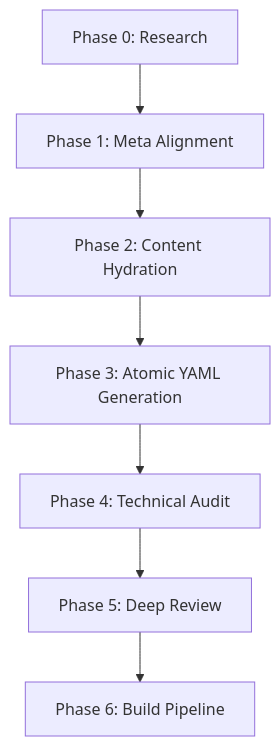
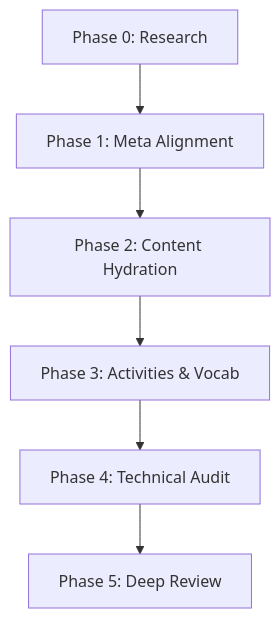
The first of 2 diagrams in docs/ORCHESTRATE-REBUILD.md (learn-ukrainian/learn-ukrainian.github.io), drawn with Mermaid before and after one commit. The commit also changed other lines of this file and 4 other files, not shown here.

````diff
--- a/docs/ORCHESTRATE-REBUILD.md
+++ b/docs/ORCHESTRATE-REBUILD.md
@@ -11,9 +11,8 @@
 ```mermaid
 graph TD
     P0[Phase 0: Research] --> P1[Phase 1: Meta Alignment]
     P1 --> P2[Phase 2: Content Hydration]
-    P2 --> P3[Phase 3: Atomic YAML Generation]
+    P2 --> P3[Phase 3: Activities & Vocab]
     P3 --> P4[Phase 4: Technical Audit]
     P4 --> P5[Phase 5: Deep Review]
-    P5 --> P6[Phase 6: Build Pipeline]
 ```
````
